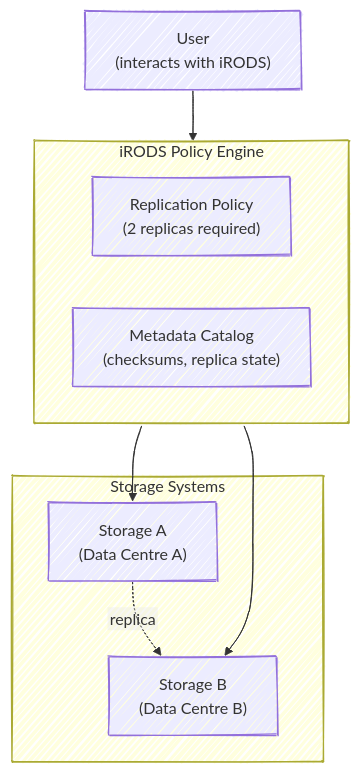
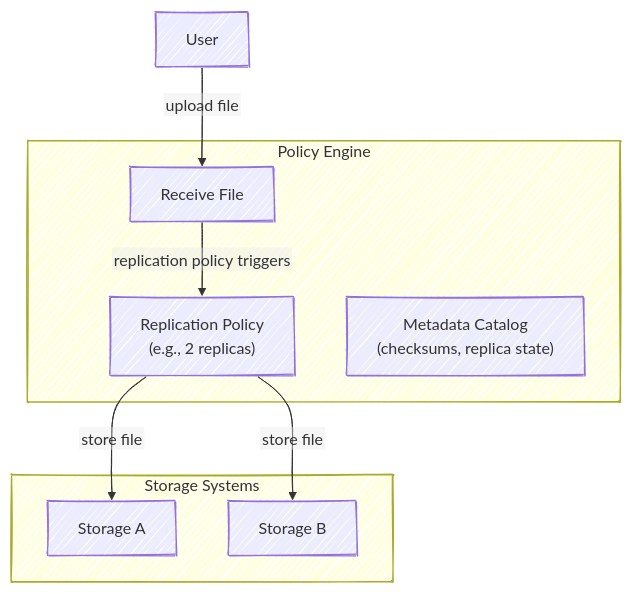
Before and after one commit to chStaiger/rdm-fundamentals: the third of 7 diagrams in book/data-repositories.qmd, drawn with Mermaid. The commit also changed other lines of this file, not shown here.

Commit message:
adjusting graphs

````diff
--- a/book/data-repositories.qmd
+++ b/book/data-repositories.qmd
@@ -255,25 +258,33 @@
 ```{mermaid}
 %%| label: fig-3
-%%| fig-cap: iRODS applies a replication policy across two storage systems in different data centres. When a user uploads a file, the policy engine automatically creates a second replica and tracks both copies in the metadata catalog.
+%%| fig-cap: A user uploads a file to the policy engine. A replication policy is triggered, causing the policy engine to write the file to multiple storage systems and track both copies in the metadata catalog.
 %%| fig-align: center
 %%{init: {"look": "handDrawn","flowchart": { "htmlLabels": false }}}%%
+
 flowchart TB
 
-    User["User<br/>(interacts with iRODS)"]
+    User["User"]
 
-    subgraph PE["iRODS Policy Engine"]
-        Policy["Replication Policy<br/>(2 replicas required)"]
+    subgraph PE["Policy Engine"]
+        Upload["Receive File"]
+        Policy["Replication Policy<br/>(e.g., 2 replicas)"]
         Catalog["Metadata Catalog<br/>(checksums, replica state)"]
     end
 
     subgraph Storage["Storage Systems"]
-        A["Storage A<br/>(Data Centre A)"]
-        B["Storage B<br/>(Data Centre B)"]
+        A["Storage A"]
+        B["Storage B"]
     end
 
-    User --> PE
-    PE --> A
-    PE --> B
+    %% User uploads file to Policy Engine
+    User -- "upload file" --> Upload
 
-    A -.replica.-> B
+    %% Policy triggers replication
+    Upload -- "replication policy triggers" --> Policy
+
+    %% Policy Engine writes primary and replica
+    Policy --"store file"--> A
+
+    %% Optional visual cue for replication relationship
+    Policy --"store file"--> B
 ```
````
